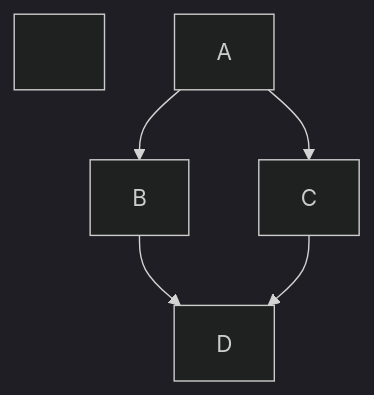
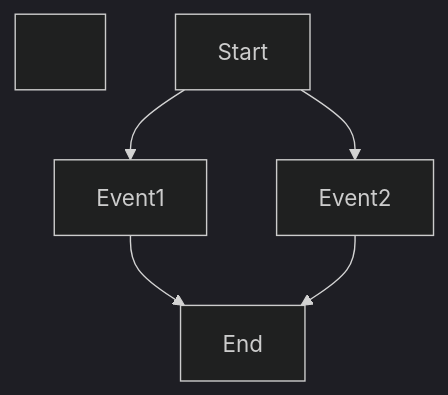
One commit to LbsLundAW/DiceGame-Examples changed the diagram in README.md. Above: the diagram before and after it, drawn with Mermaid (dark theme).

````diff
--- a/README.md
+++ b/README.md
@@ -7,13 +7,13 @@
 ```mermaid
 
 graph TD;
 
-&nbsp;	A-->B;
+&nbsp;	Start-->Event1;
 
-&nbsp;	A-->C;
+&nbsp;	Start-->Event2;
 
-&nbsp;	B-->D;
+&nbsp;	Event1-->End;
 
-&nbsp;	C-->D;
+&nbsp;	Event2-->End;
 
 ```
````
